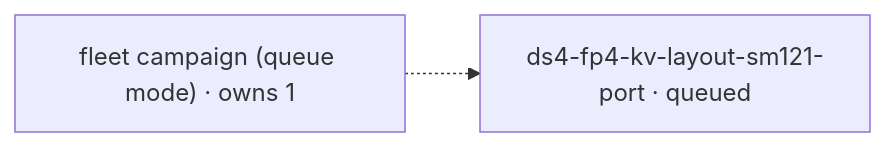
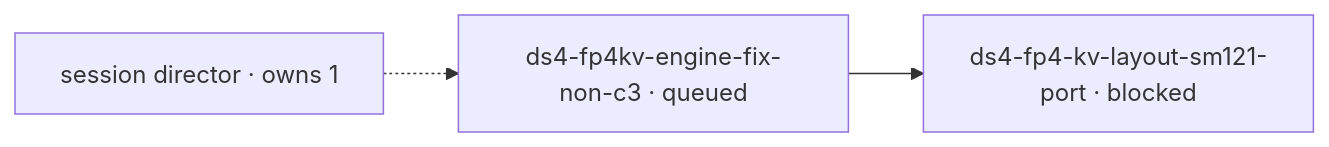
Before and after one commit to littlecedar/sparkrun-recipe-registry: the diagram in mad-science/STATUS.md, drawn with Mermaid. The commit also changed other lines of this file, not shown here.

````diff
--- a/mad-science/STATUS.md
+++ b/mad-science/STATUS.md
@@ -22,8 +22,10 @@
 ```mermaid
 flowchart LR
-  %% 0 blocked, 0 blocker edge(s), 1 drained by fleet campaign (queue mode) (1)
-  r1["fleet campaign (queue mode) · owns 1"]
-  t1["ds4-fp4-kv-layout-sm121-port · queued"]
-  r1 -.-> t1
+  %% 1 blocked, 1 blocker edge(s), 1 drained by session director (1)
+  r1["session director · owns 1"]
+  t1["ds4-fp4-kv-layout-sm121-port · blocked"]
+  t2["ds4-fp4kv-engine-fix-non-c3 · queued"]
+  t2 --> t1
+  r1 -.-> t2
   classDef no-recorded-edge stroke-dasharray: 4 3
 ```
````
